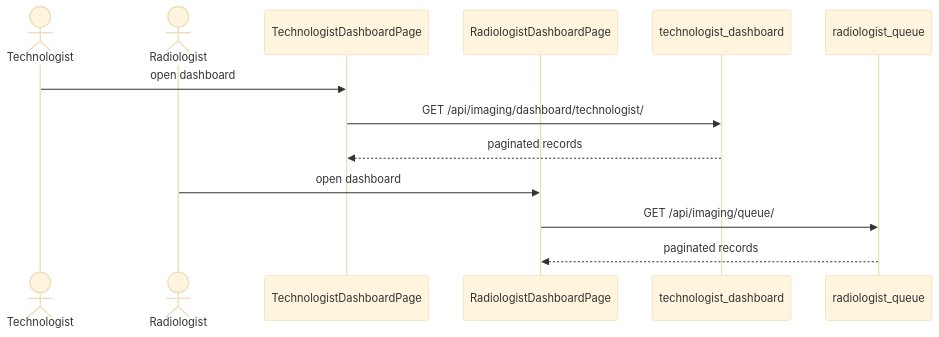
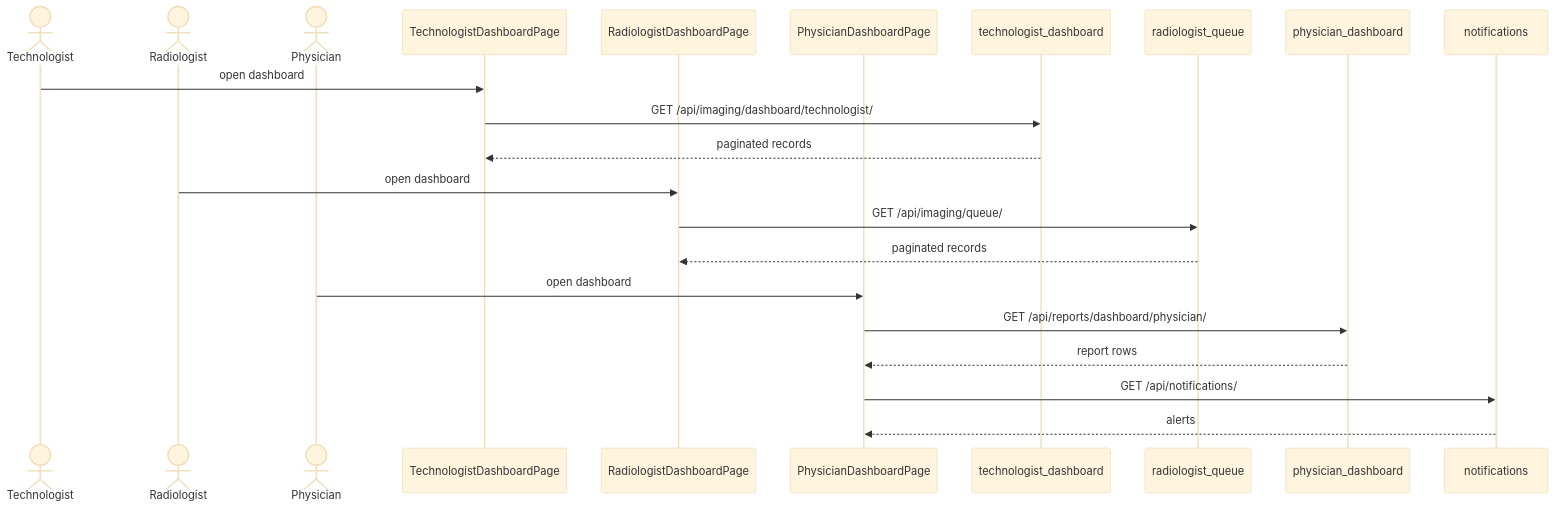
The diagram in documentation/sequence diagrams/4.2_Sequence Diagram.md (DymNomZ/TBXR), drawn with Mermaid (base theme) before and after one commit. The commit also changed 24 other files, not shown here.

````diff
--- a/documentation/sequence diagrams/4.2_Sequence Diagram.md
+++ b/documentation/sequence diagrams/4.2_Sequence Diagram.md
@@ -1,17 +1,27 @@
 ```mermaid
 sequenceDiagram
     actor Technologist
     actor Radiologist
+    actor Physician
     participant TechPage as TechnologistDashboardPage
     participant RadPage as RadiologistDashboardPage
+    participant PhysPage as PhysicianDashboardPage
     participant TechAPI as technologist_dashboard
     participant RadAPI as radiologist_queue
+    participant PhysAPI as physician_dashboard
+    participant NotifyAPI as notifications
 
     Technologist->>TechPage: open dashboard
     TechPage->>TechAPI: GET /api/imaging/dashboard/technologist/
     TechAPI-->>TechPage: paginated records
 
     Radiologist->>RadPage: open dashboard
     RadPage->>RadAPI: GET /api/imaging/queue/
     RadAPI-->>RadPage: paginated records
+
+    Physician->>PhysPage: open dashboard
+    PhysPage->>PhysAPI: GET /api/reports/dashboard/physician/
+    PhysAPI-->>PhysPage: report rows
+    PhysPage->>NotifyAPI: GET /api/notifications/
+    NotifyAPI-->>PhysPage: alerts
 ```
````
